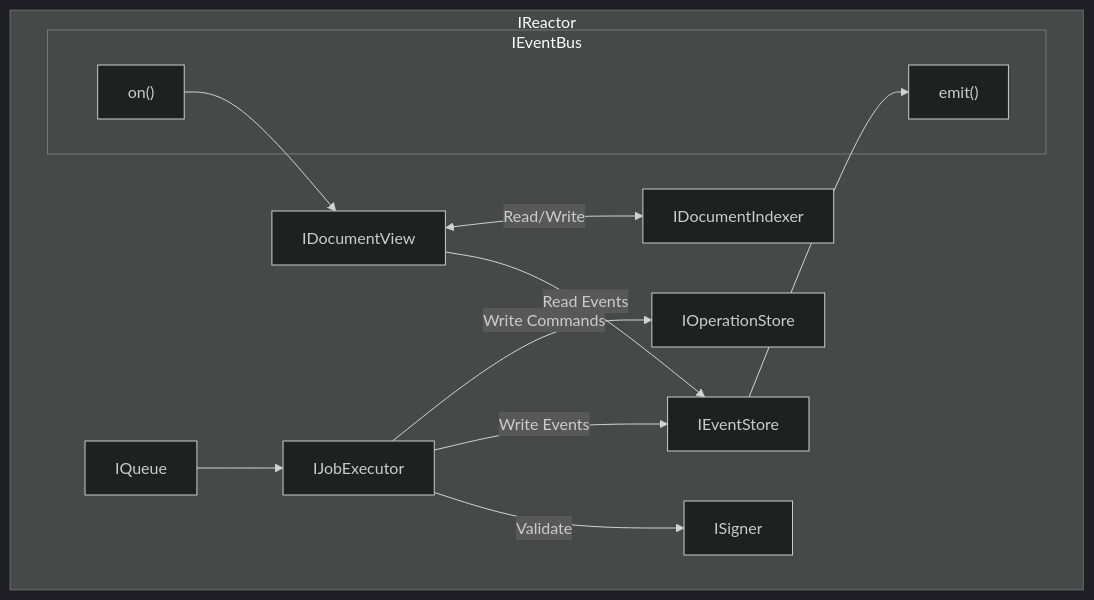
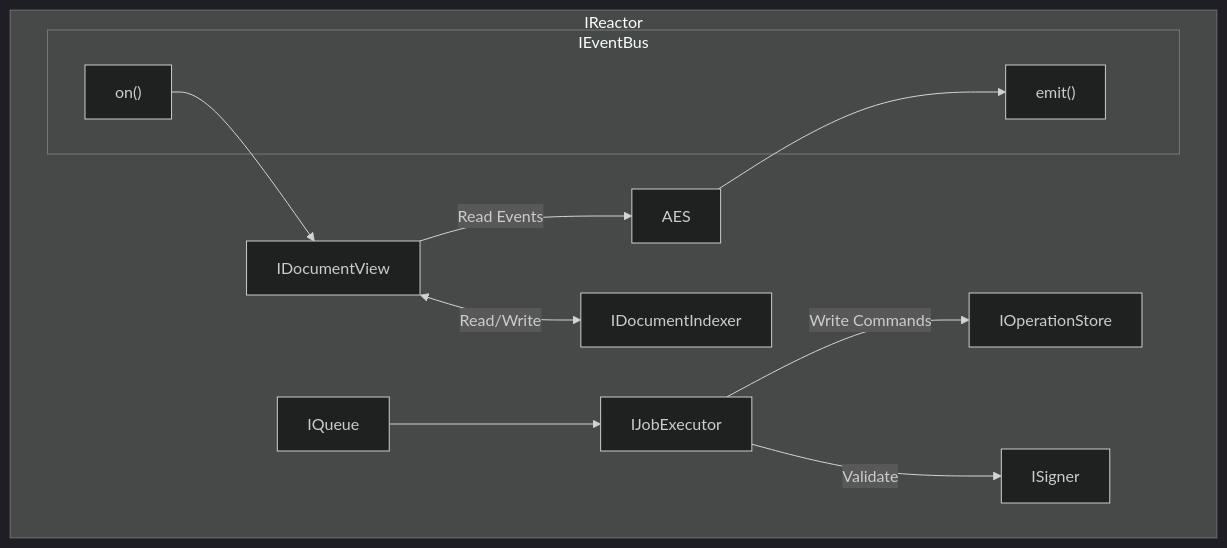
One commit to powerhouse-inc/powerhouse changed the diagram in packages/reactor/docs/planning/Reactor/diagram.md. Above: the diagram before and after it, drawn with Mermaid (dark theme). The commit also changed 5 other files, not shown here.

````diff
--- a/packages/reactor/docs/planning/Reactor/diagram.md
+++ b/packages/reactor/docs/planning/Reactor/diagram.md
@@ -3,21 +3,20 @@
 ```mermaid
 graph TD
 
     subgraph "IReactor"
         AQueue["IQueue"] --> AJobs["IJobExecutor"]
         AJobs -->|"Write Commands"| AOS["IOperationStore"]
-        AJobs -->|"Write Events"| AES["IEventStore"]
         AJobs -->|"Validate"| ISigner
         AES --> APub
 
         subgraph AEvents["IEventBus"]
             APub["emit()"]
             ASub["on()"]
         end
 
 
         ASub --> ARM["IDocumentView"] <-->|"Read/Write"| IDocumentIndexer
         ARM -->|"Read Events"| AES
     end
 
 ```
````
